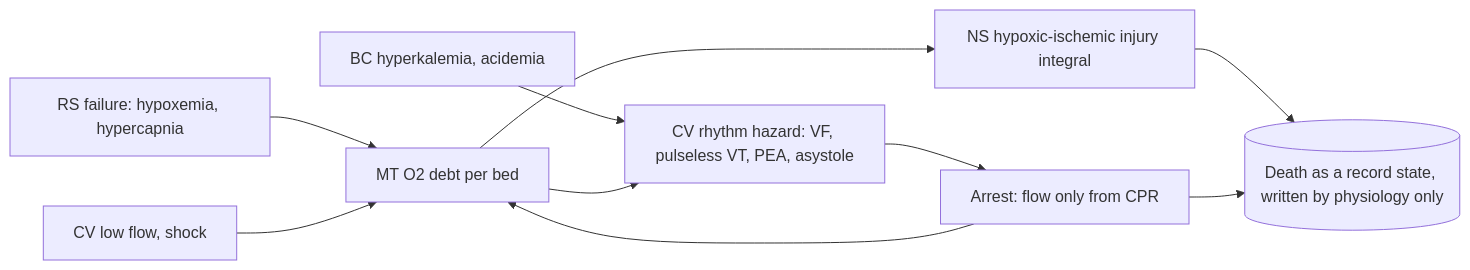
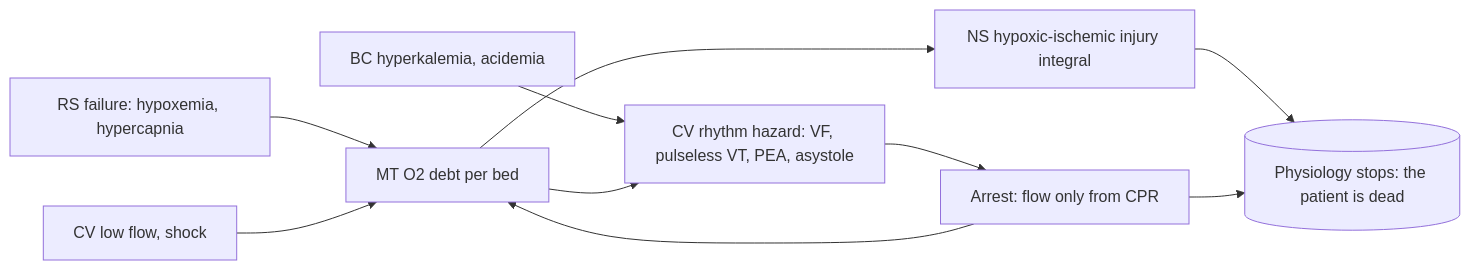
One commit to ShanesNotes/nightingale changed the third of 3 diagrams in docs/atlas/coupling-map.md. Above: the diagram before and after it, drawn with Mermaid. The commit also changed other lines of this file and 16 other files, not shown here.

````diff
--- a/docs/atlas/coupling-map.md
+++ b/docs/atlas/coupling-map.md
@@ -133,12 +133,12 @@
 ```mermaid
 flowchart LR
   RS["RS failure: hypoxemia, hypercapnia"] --> MT["MT O2 debt per bed"]
   CV["CV low flow, shock"] --> MT
   BC["BC hyperkalemia, acidemia"] --> RHY
   MT --> RHY["CV rhythm hazard: VF, pulseless VT, PEA, asystole"]
   MT --> BRAIN["NS hypoxic-ischemic injury integral"]
   RHY --> ARREST["Arrest: flow only from CPR"]
   ARREST --> MT
-  BRAIN --> DEATH[("Death as a record state, written by physiology only")]
+  BRAIN --> DEATH[("Physiology stops: the patient is dead")]
   ARREST --> DEATH
 ```
````
